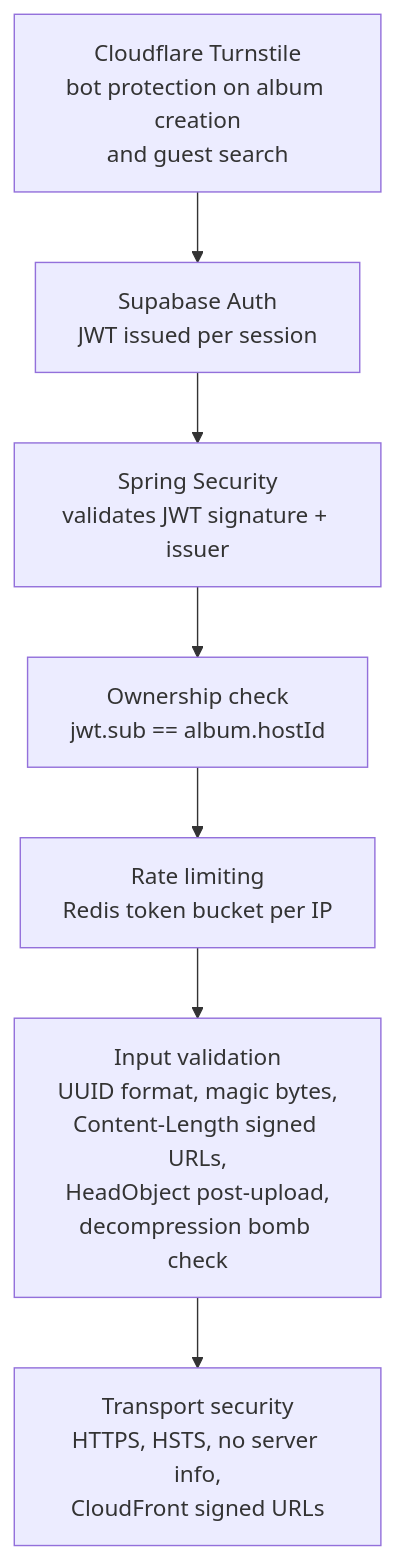
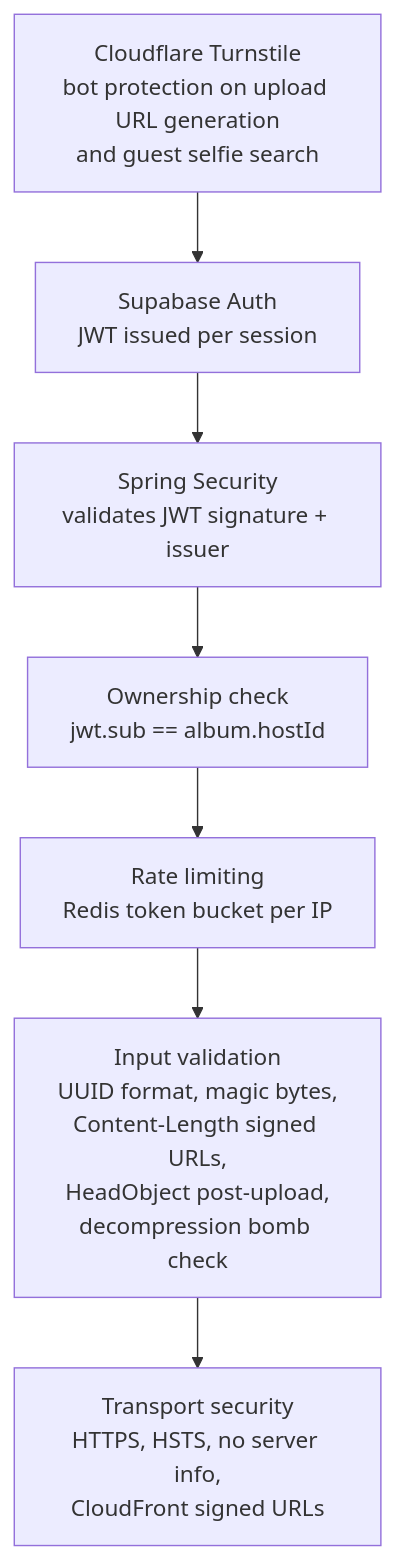
Before and after one commit to Shahir-47/grab-pic: diagram 13 of 14 in README.md, drawn with Mermaid. The commit also changed other lines of this file and 8 other files, not shown here.

Commit message:
feat: implement Turnstile bot protection for upload and search endpoints, enhancing security measures

````diff
--- a/README.md
+++ b/README.md
@@ -655,9 +655,9 @@
 ```mermaid
 flowchart TD
-    L0["Cloudflare Turnstile<br>bot protection on album creation<br>and guest search"] --> L1["Supabase Auth<br>JWT issued per session"]
+    L0["Cloudflare Turnstile<br>bot protection on upload URL generation<br>and guest selfie search"] --> L1["Supabase Auth<br>JWT issued per session"]
     L1 --> L2["Spring Security<br>validates JWT signature + issuer"]
     L2 --> L3["Ownership check<br>jwt.sub == album.hostId"]
     L3 --> L4["Rate limiting<br>Redis token bucket per IP"]
     L4 --> L5["Input validation<br>UUID format, magic bytes,<br>Content-Length signed URLs,<br>HeadObject post-upload,<br>decompression bomb check"]
     L5 --> L6["Transport security<br>HTTPS, HSTS, no server info,<br>CloudFront signed URLs"]
 ```
````
